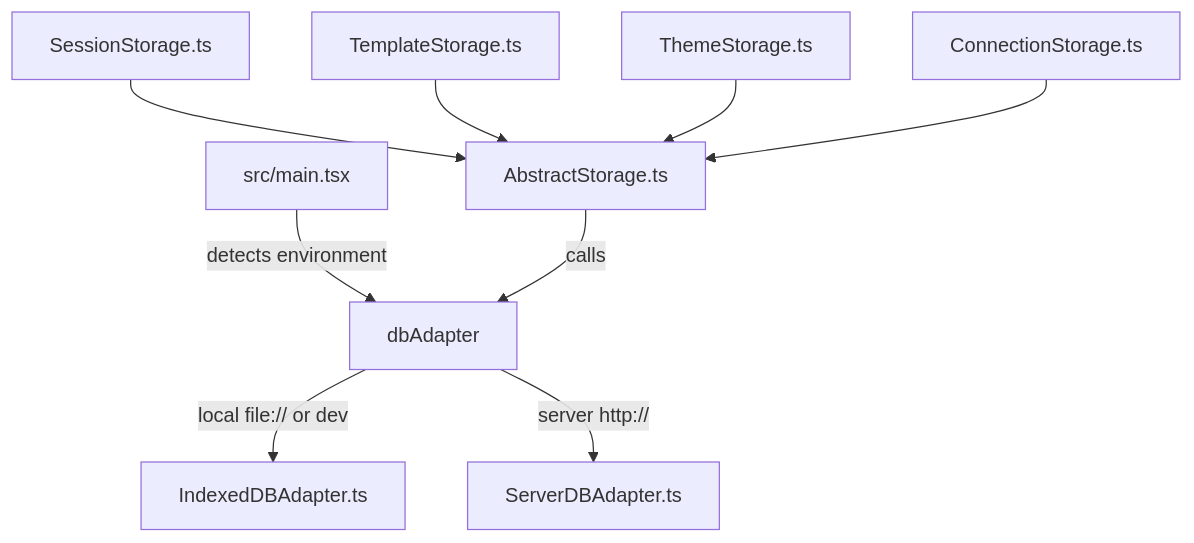
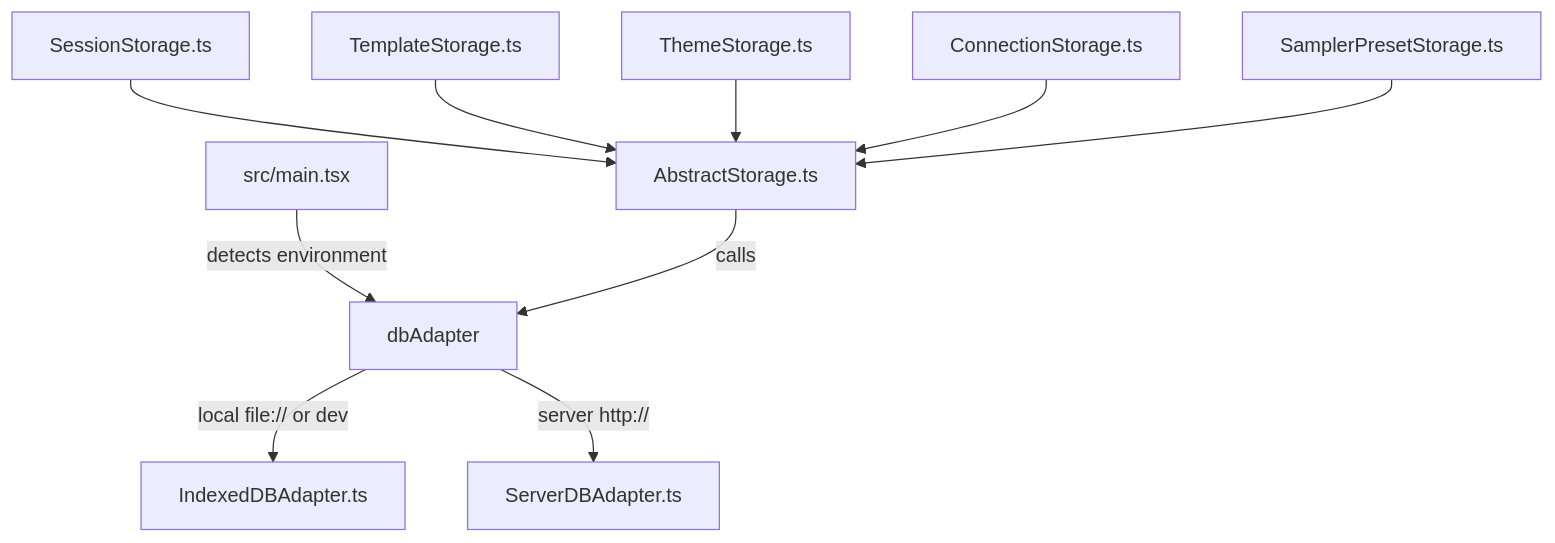
One commit to LordFoogThe4rd/miyapad changed the diagram in docs/architecture.md. Above: the diagram before and after it, drawn with Mermaid. The commit also changed other lines of this file and 37 other files, not shown here.

First line of the commit message:
feat(sampler-preset): sampler preset manager with NAI/ST importers (#21)

````diff
--- a/docs/architecture.md
+++ b/docs/architecture.md
@@ -7,11 +7,12 @@
 ```mermaid
 graph TD
     App[src/main.tsx] -->|detects environment| DBAdapter[dbAdapter]
     DBAdapter -->|local file:// or dev| IndexedDBAdapter[IndexedDBAdapter.ts]
     DBAdapter -->|server http://| ServerDBAdapter[ServerDBAdapter.ts]
     SessionStorage[SessionStorage.ts] --> AbstractStorage[AbstractStorage.ts]
     TemplateStorage[TemplateStorage.ts] --> AbstractStorage
     ThemeStorage[ThemeStorage.ts] --> AbstractStorage
     ConnectionStorage[ConnectionStorage.ts] --> AbstractStorage
+    SamplerPresetStorage[SamplerPresetStorage.ts] --> AbstractStorage
     AbstractStorage -->|calls| DBAdapter
 ```
````
